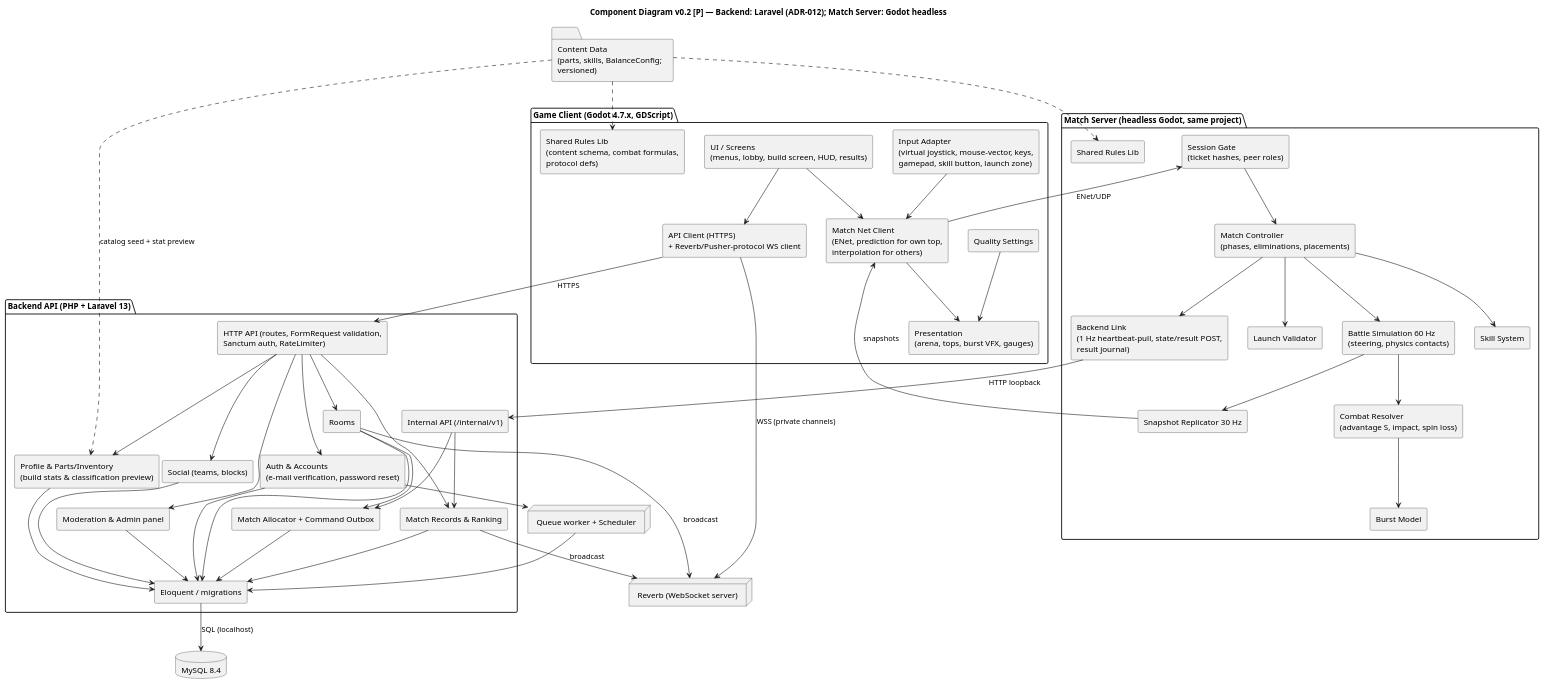
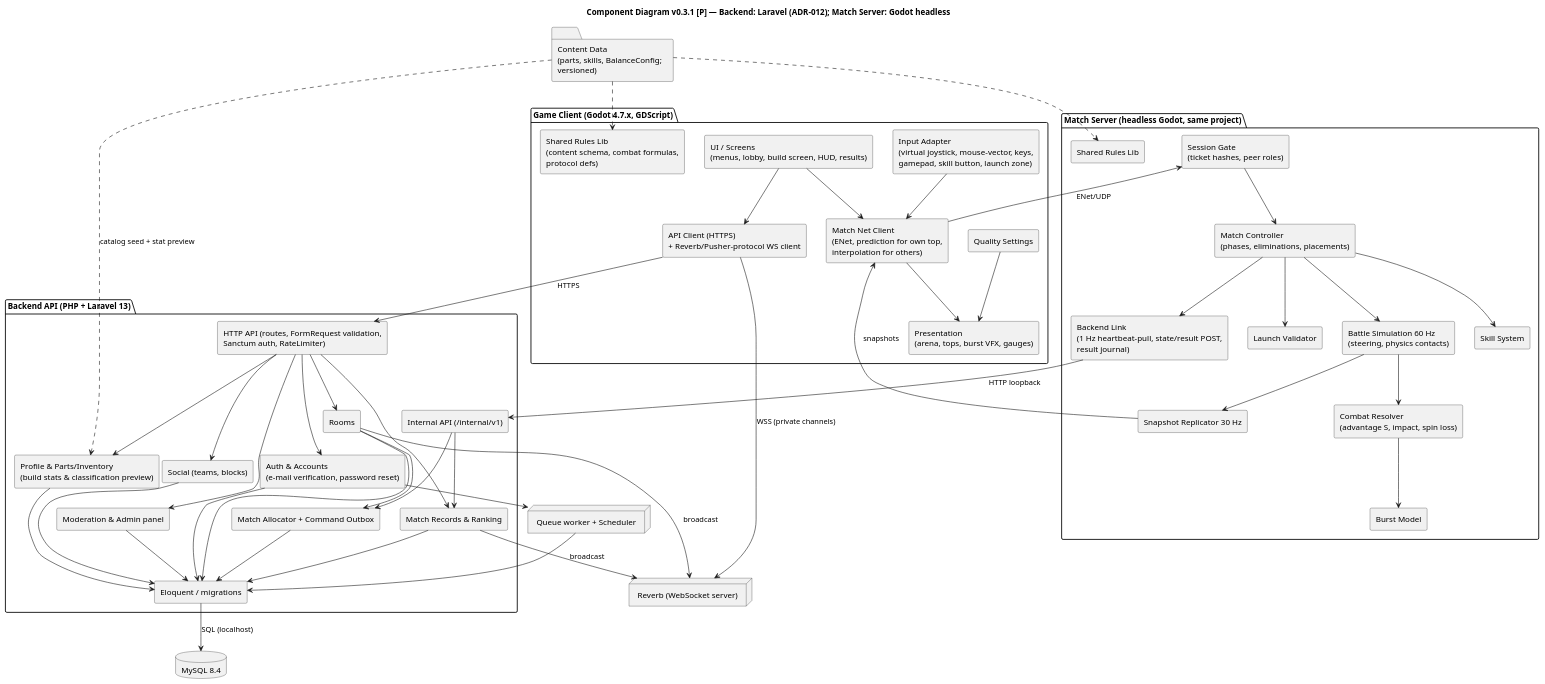
The diagram in docs/02-uml/component.puml (houcine212-hub/Bayblade_Sesytem), drawn with PlantUML before and after one commit. The commit also changed 55 other files, not shown here.

```diff
--- a/docs/02-uml/component.puml
+++ b/docs/02-uml/component.puml
@@ -1,85 +1,85 @@
 @startuml component
-title Component Diagram v0.2 [P] — Backend: Laravel (ADR-012); Match Server: Godot headless
+title Component Diagram v0.3.1 [P] — Backend: Laravel (ADR-012); Match Server: Godot headless
 skinparam componentStyle rectangle
 
 package "Game Client (Godot 4.7.x, GDScript)" {
   [UI / Screens\n(menus, lobby, build screen, HUD, results)] as UI
   [Input Adapter\n(virtual joystick, mouse-vector, keys,\ngamepad, skill button, launch zone)] as INP
   [API Client (HTTPS)\n+ Reverb/Pusher-protocol WS client] as APIC
   [Match Net Client\n(ENet, prediction for own top,\ninterpolation for others)] as MNC
   [Presentation\n(arena, tops, burst VFX, gauges)] as PRES
   [Shared Rules Lib\n(content schema, combat formulas,\nprotocol defs)] as SRL_C
   [Quality Settings] as QS
 }
 package "Match Server (headless Godot, same project)" {
   [Backend Link\n(1 Hz heartbeat-pull, state/result POST,\nresult journal)] as LINK
   [Session Gate\n(ticket hashes, peer roles)] as GATE
   [Match Controller\n(phases, eliminations, placements)] as MC
   [Launch Validator] as LV
   [Battle Simulation 60 Hz\n(steering, physics contacts)] as SIM
   [Combat Resolver\n(advantage S, impact, spin loss)] as CR
   [Burst Model] as BM
   [Skill System] as SK
   [Snapshot Replicator 30 Hz] as REP
   [Shared Rules Lib] as SRL_S
 }
 package "Backend API (PHP + Laravel 13)" {
   [HTTP API (routes, FormRequest validation,\nSanctum auth, RateLimiter)] as RT
   [Auth & Accounts\n(e-mail verification, password reset)] as AUTH
   [Profile & Parts/Inventory\n(build stats & classification preview)] as PROF
   [Rooms] as ROOM
   [Match Allocator + Command Outbox] as ALLOC
   [Match Records & Ranking] as MREC
   [Social (teams, blocks)] as SOC
   [Moderation & Admin panel] as MOD
   [Internal API (/internal/v1)] as ICE
   [Eloquent / migrations] as DAL
 }
 node "Reverb (WebSocket server)" as REV
 node "Queue worker + Scheduler" as QW
 database "MySQL 8.4" as DB
 folder "Content Data\n(parts, skills, BalanceConfig;\nversioned)" as CONTENT
 
 UI --> APIC
 UI --> MNC
 INP --> MNC
 MNC --> PRES
 QS --> PRES
 APIC --> RT : HTTPS
 APIC --> REV : WSS (private channels)
 MNC --> GATE : ENet/UDP
 GATE --> MC
 MC --> LV
 MC --> SIM
 SIM --> CR
 CR --> BM
 MC --> SK
 SIM --> REP
 REP --> MNC : snapshots
 MC --> LINK
 LINK --> ICE : HTTP loopback
 RT --> AUTH
 RT --> PROF
 RT --> ROOM
 RT --> MREC
 RT --> SOC
 RT --> MOD
 ROOM --> ALLOC
 ICE --> ALLOC
 ICE --> MREC
 ROOM --> REV : broadcast
 MREC --> REV : broadcast
 AUTH --> QW : mail jobs
 QW --> DAL
 AUTH --> DAL
 PROF --> DAL
 ROOM --> DAL
 ALLOC --> DAL
 MREC --> DAL
 SOC --> DAL
 MOD --> DAL
 DAL --> DB : SQL (localhost)
 CONTENT ..> SRL_C
 CONTENT ..> SRL_S
 CONTENT ..> PROF : catalog seed + stat preview
 @enduml
```
